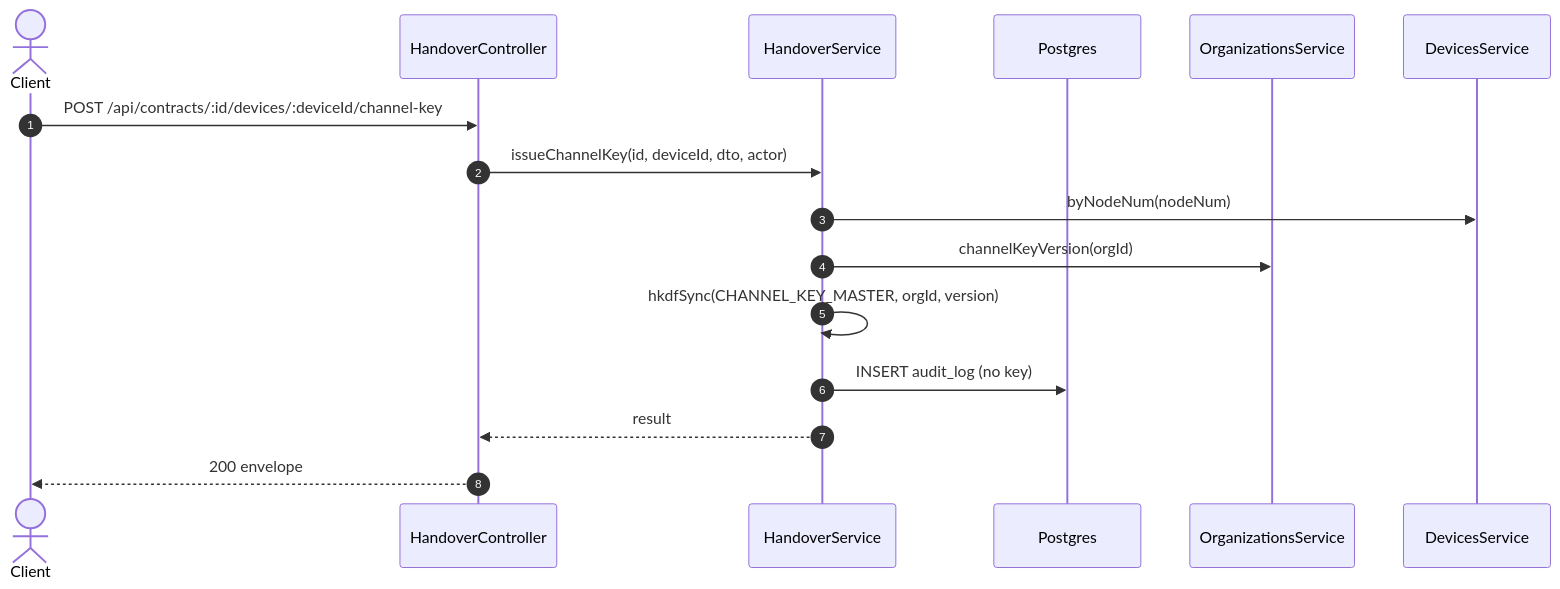
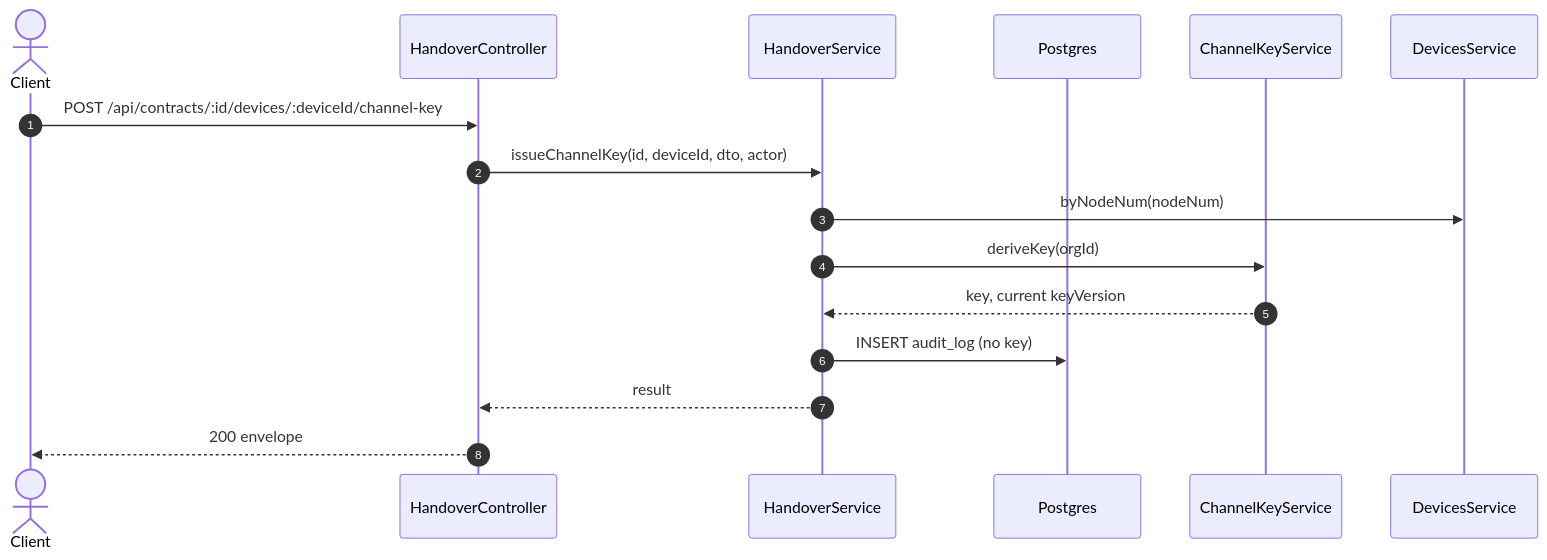
Before and after one commit to TrekLink-Team/treklink-web: the second of 2 diagrams in specs/rentals/api-design/21-post-contracts-id-devices-deviceid-channel-key.md, drawn with Mermaid. The commit also changed other lines of this file and 8 other files, not shown here.

````diff
--- a/specs/rentals/api-design/21-post-contracts-id-devices-deviceid-channel-key.md
+++ b/specs/rentals/api-design/21-post-contracts-id-devices-deviceid-channel-key.md
@@ -234,18 +232,18 @@
 ```mermaid
 sequenceDiagram
     autonumber
     actor C as Client
     participant Ctl as HandoverController
     participant Svc as HandoverService
     participant DB as Postgres
-    participant Org as OrganizationsService
+    participant Key as ChannelKeyService
     participant Dev as DevicesService
     C->>Ctl: POST /api/contracts/:id/devices/:deviceId/channel-key
     Ctl->>Svc: issueChannelKey(id, deviceId, dto, actor)
     Svc->>Dev: byNodeNum(nodeNum)
-    Svc->>Org: channelKeyVersion(orgId)
-    Svc->>Svc: hkdfSync(CHANNEL_KEY_MASTER, orgId, version)
+    Svc->>Key: deriveKey(orgId)
+    Key-->>Svc: key, current keyVersion
     Svc->>DB: INSERT audit_log (no key)
     Svc-->>Ctl: result
     Ctl-->>C: 200 envelope
 ```
````
